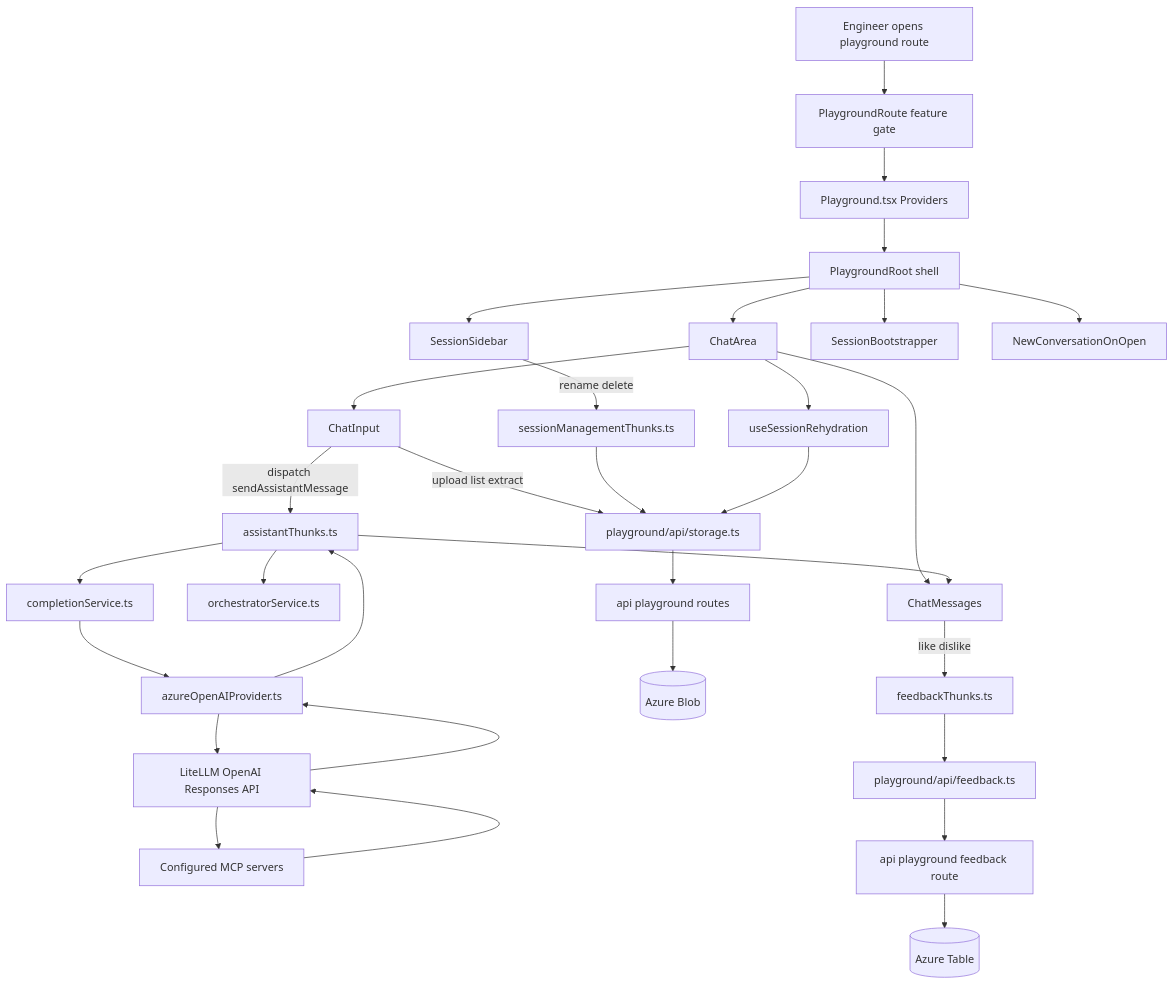
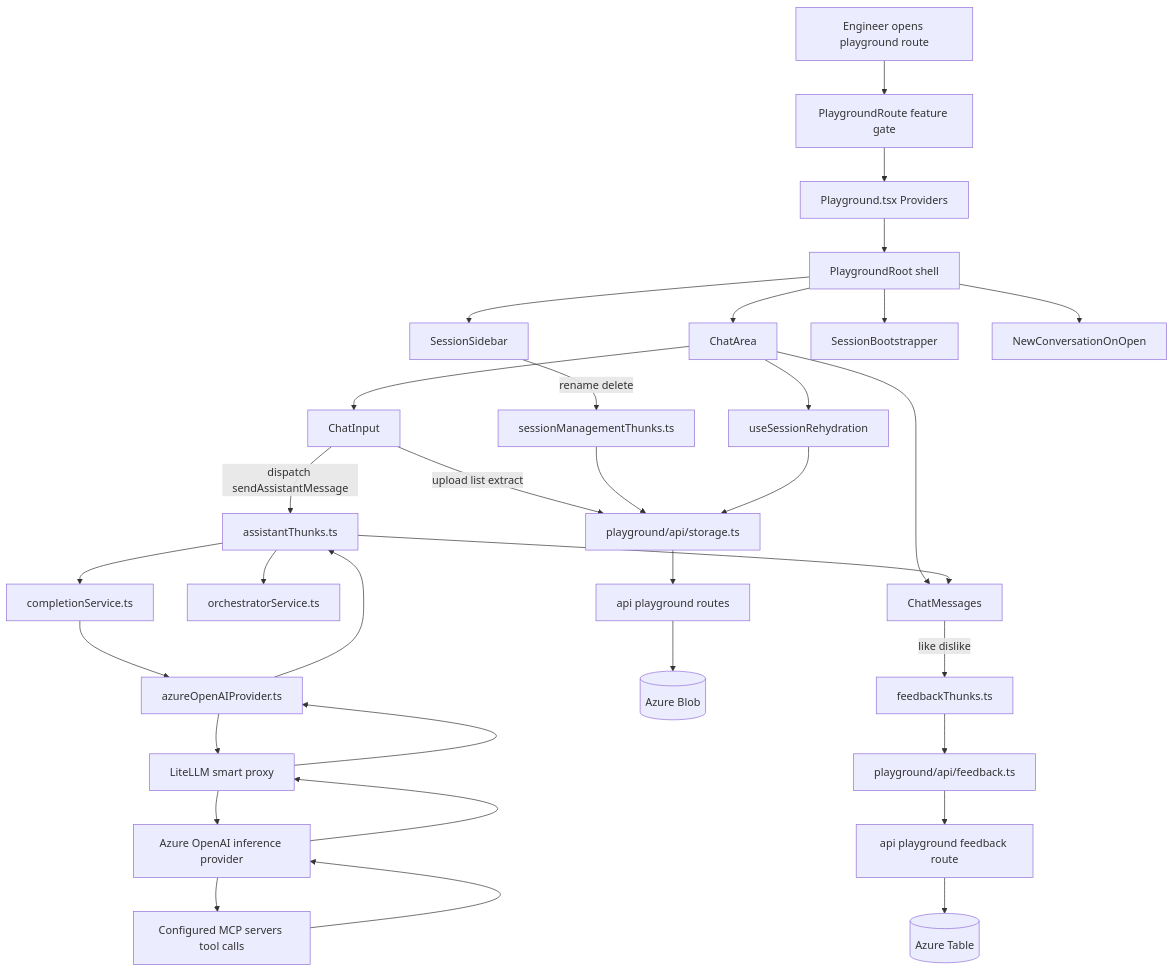
Before and after one commit to dto-btn/ssc-assistant: the diagram in docs/onboarding/diagrams/playground-flow.mmd, drawn with Mermaid. The commit also changed 2 other files, not shown here.

Commit message:
docs: Update architecture and flow diagrams to reflect LiteLLM as a smart proxy for Azure OpenAI

```diff
--- a/docs/onboarding/diagrams/playground-flow.mmd
+++ b/docs/onboarding/diagrams/playground-flow.mmd
@@ -1,37 +1,39 @@
 flowchart TD
   U[Engineer opens playground route] --> R[PlaygroundRoute feature gate]
   R --> P[Playground.tsx Providers]
   P --> PR[PlaygroundRoot shell]
 
   PR --> SB[SessionSidebar]
   PR --> CA[ChatArea]
   PR --> BOOT[SessionBootstrapper]
   PR --> NEW[NewConversationOnOpen]
 
   CA --> CI[ChatInput]
   CA --> CM[ChatMessages]
   CA --> RH[useSessionRehydration]
 
   CI -->|dispatch sendAssistantMessage| TH[assistantThunks.ts]
   TH --> ORCH[orchestratorService.ts]
   TH --> CS[completionService.ts]
   CS --> PROV[azureOpenAIProvider.ts]
-  PROV --> LLM[LiteLLM OpenAI Responses API]
-  LLM --> MCP[Configured MCP servers]
-  MCP --> LLM
+  PROV --> LLM[LiteLLM smart proxy]
+  LLM --> AOAI[Azure OpenAI inference provider]
+  AOAI --> LLM
+  AOAI --> MCP[Configured MCP servers tool calls]
+  MCP --> AOAI
   LLM --> PROV
   PROV --> TH
   TH --> CM
 
   CI -->|upload list extract| ST[playground/api/storage.ts]
   ST --> PAPI[api playground routes]
   PAPI --> BLOB[(Azure Blob)]
 
   CM -->|like dislike| FBTH[feedbackThunks.ts]
   FBTH --> FBAPI[playground/api/feedback.ts]
   FBAPI --> PF[api playground feedback route]
   PF --> TABLE[(Azure Table)]
 
   SB -->|rename delete| SMTH[sessionManagementThunks.ts]
   SMTH --> ST
   RH --> ST
```
